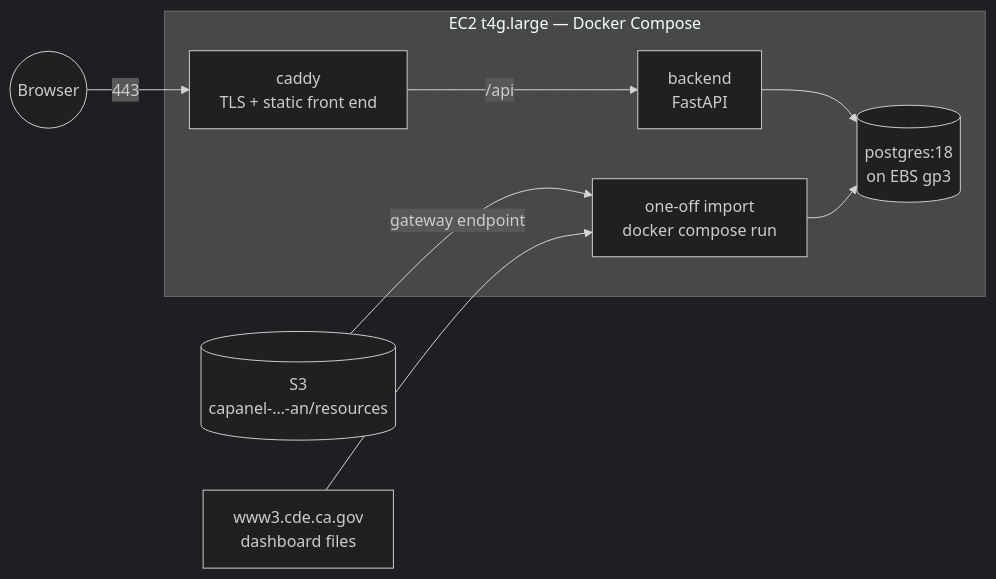
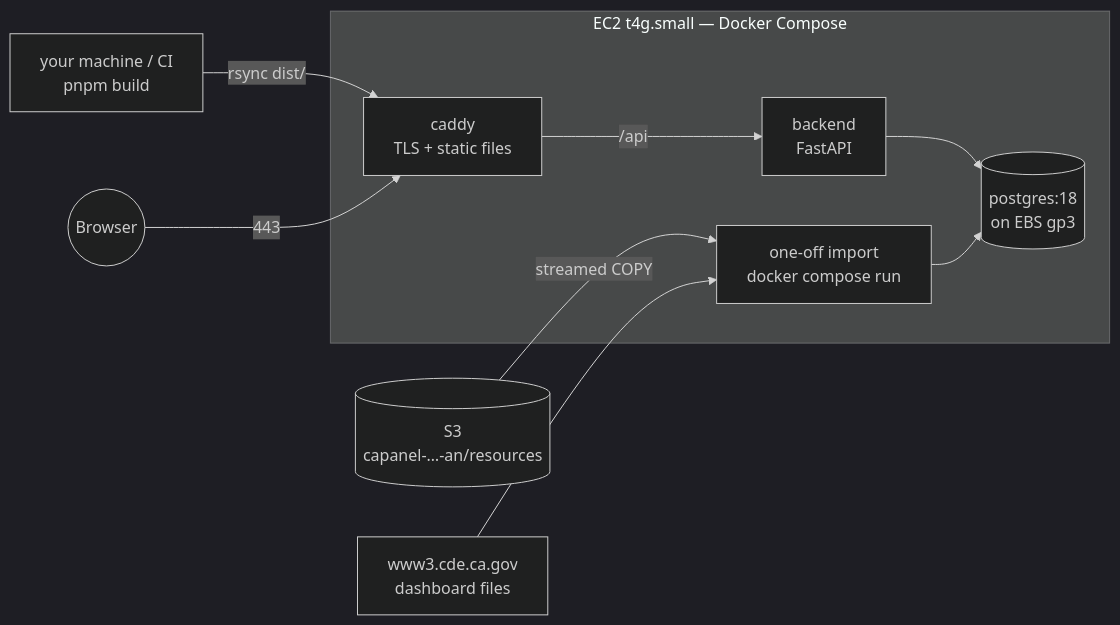
One commit to natebass/app-capanel-doc changed the diagram in backend/docs/source/developer-guide/aws-deployment.md. Above: the diagram before and after it, drawn with Mermaid (dark theme). The commit also changed other lines of this file and 1 other file, not shown here.

````diff
--- a/backend/docs/source/developer-guide/aws-deployment.md
+++ b/backend/docs/source/developer-guide/aws-deployment.md
@@ -44,11 +45,12 @@
 ```{mermaid}
 flowchart LR
+    DEV["your machine / CI<br/>pnpm build"] -->|rsync dist/| CADDY
     USER((Browser)) -->|443| CADDY
-    subgraph EC2["EC2 t4g.large — Docker Compose"]
-        CADDY["caddy<br/>TLS + static front end"] -->|/api| API["backend<br/>FastAPI"]
+    subgraph EC2["EC2 t4g.small — Docker Compose"]
+        CADDY["caddy<br/>TLS + static files"] -->|/api| API["backend<br/>FastAPI"]
         API --> DB[("postgres:18<br/>on EBS gp3")]
         IMPORT["one-off import<br/>docker compose run"] --> DB
     end
-    S3[("S3<br/>capanel-…-an/resources")] -->|gateway endpoint| IMPORT
+    S3[("S3<br/>capanel-…-an/resources")] -->|streamed COPY| IMPORT
     CDE["www3.cde.ca.gov<br/>dashboard files"] --> IMPORT
 ```
````
